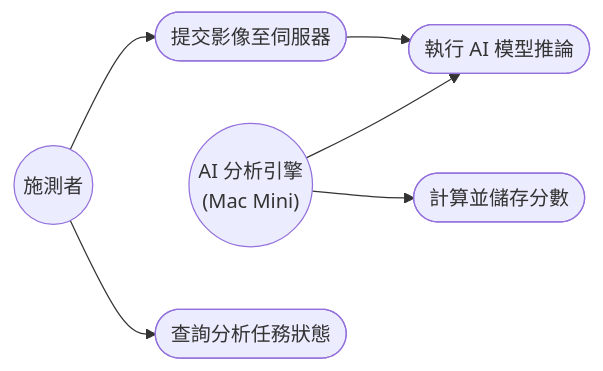
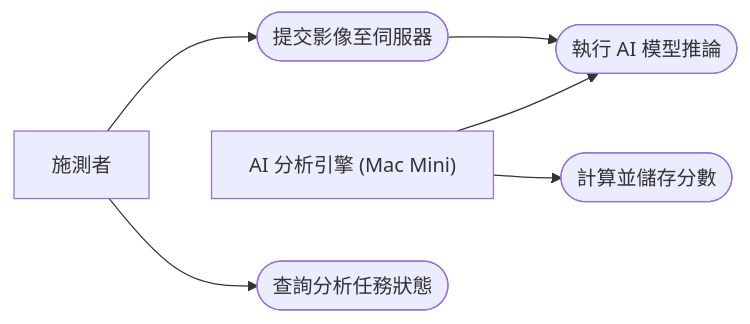
Before and after one commit to WeiChengTW/FMD_AI_Screener: the third of 6 diagrams in docs/ch05-use-case-diagrams.md, drawn with Mermaid. The commit also changed other lines of this file and 1 other file, not shown here.

````diff
--- a/docs/ch05-use-case-diagrams.md
+++ b/docs/ch05-use-case-diagrams.md
@@ -56,16 +56,16 @@
 ```mermaid
 graph LR
-    施測者((施測者))
-    伺服器(("AI 分析引擎\n(Mac Mini)"))
+    施測者[施測者]
+    伺服器["AI 分析引擎 (Mac Mini)"]
 
     UC03a([提交影像至伺服器])
     UC03b([執行 AI 模型推論])
     UC03c([計算並儲存分數])
     UC03d([查詢分析任務狀態])
 
     施測者 --> UC03a
     施測者 --> UC03d
     伺服器 --> UC03b
     伺服器 --> UC03c
     UC03a  --> UC03b
 ```
````
